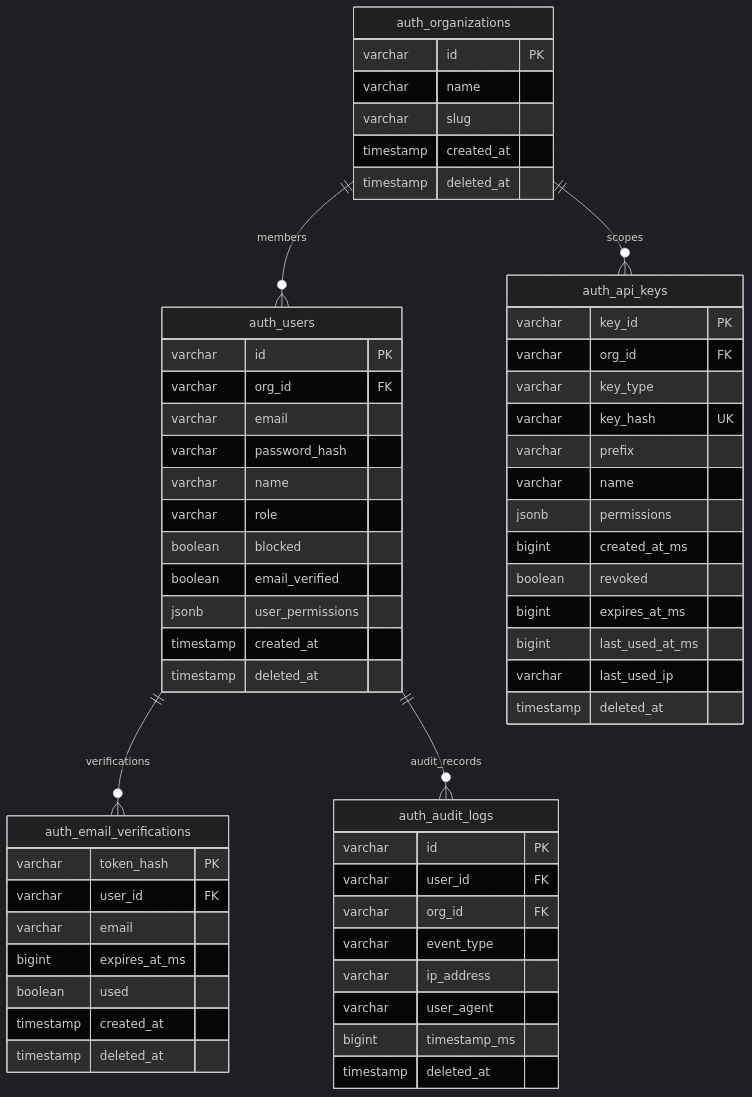
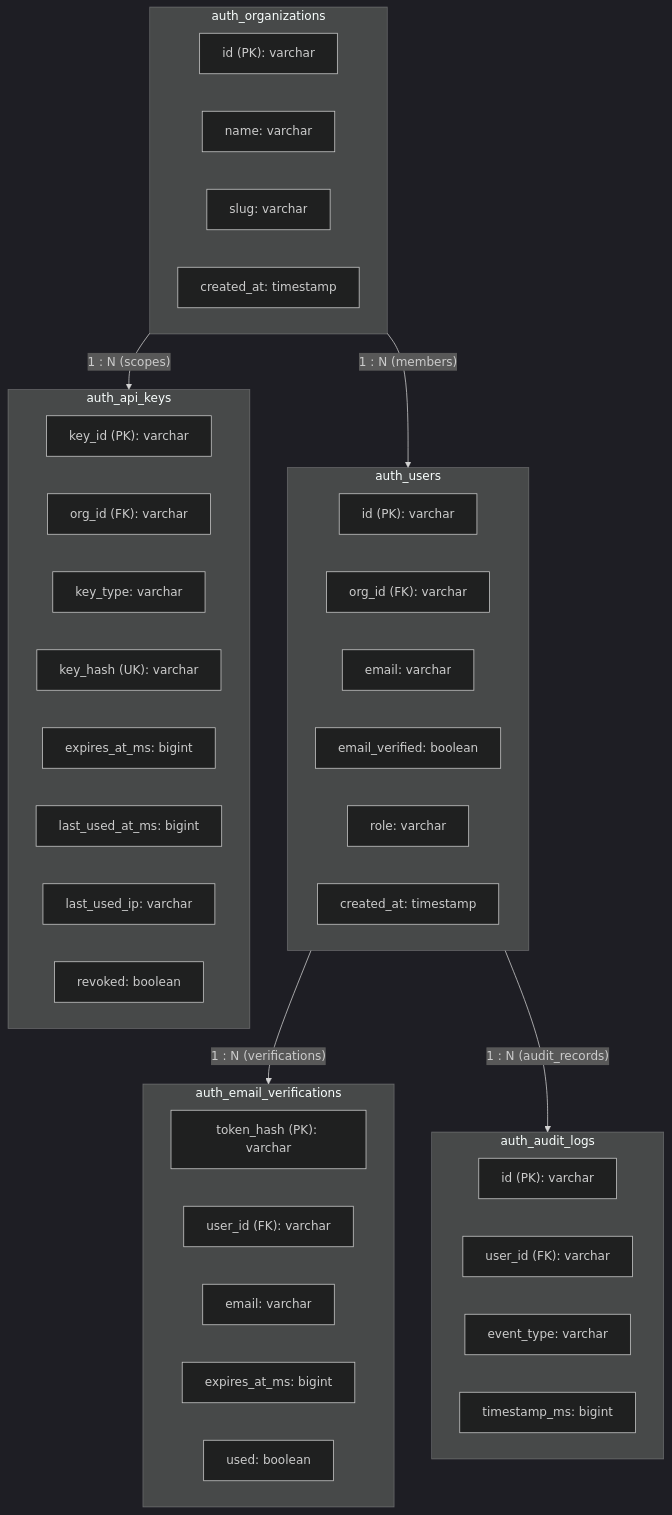
Before and after one commit to Chief-Strategist-J/auth: diagram 11 of 12 in adr/0011-api-key-engine-ttl-revocation-and-transactional-mailer.md, drawn with Mermaid (dark theme). The commit also changed other lines of this file, not shown here.

Commit message:
fix(docs): replace erDiagram with flowchart and remove all literal newline escapes

````diff
--- a/adr/0011-api-key-engine-ttl-revocation-and-transactional-mailer.md
+++ b/adr/0011-api-key-engine-ttl-revocation-and-transactional-mailer.md
@@ -570,66 +570,49 @@
 ```mermaid
-erDiagram
-    auth_organizations ||--o{ auth_users : "members"
-    auth_organizations ||--o{ auth_api_keys : "scopes"
-    auth_users ||--o{ auth_email_verifications : "verifications"
-    auth_users ||--o{ auth_audit_logs : "audit_records"
+flowchart TD
+    subgraph Organizations["auth_organizations"]
+        org_id["id (PK): varchar"]
+        org_name["name: varchar"]
+        org_slug["slug: varchar"]
+        org_created["created_at: timestamp"]
+    end
 
-    auth_organizations {
-        varchar id PK
-        varchar name
-        varchar slug
-        timestamp created_at
-        timestamp deleted_at
-    }
+    subgraph Users["auth_users"]
+        user_id["id (PK): varchar"]
+        user_org["org_id (FK): varchar"]
+        user_email["email: varchar"]
+        user_verified["email_verified: boolean"]
+        user_role["role: varchar"]
+        user_created["created_at: timestamp"]
+    end
 
-    auth_users {
-        varchar id PK
-        varchar org_id FK
-        varchar email
-        varchar password_hash
-        varchar name
-        varchar role
-        boolean blocked
-        boolean email_verified
-        jsonb user_permissions
-        timestamp created_at
-        timestamp deleted_at
-    }
+    subgraph ApiKeys["auth_api_keys"]
+        key_id["key_id (PK): varchar"]
+        key_org["org_id (FK): varchar"]
+        key_type["key_type: varchar"]
+        key_hash["key_hash (UK): varchar"]
+        key_expires["expires_at_ms: bigint"]
+        key_used["last_used_at_ms: bigint"]
+        key_ip["last_used_ip: varchar"]
+        key_revoked["revoked: boolean"]
+    end
 
-    auth_api_keys {
-        varchar key_id PK
-        varchar org_id FK
-        varchar key_type
-        varchar key_hash UK
-        varchar prefix
-        varchar name
-        jsonb permissions
-        bigint created_at_ms
-        boolean revoked
-        bigint expires_at_ms
-        bigint last_used_at_ms
-        varchar last_used_ip
-        timestamp deleted_at
-    }
+    subgraph EmailVerifications["auth_email_verifications"]
+        token_hash["token_hash (PK): varchar"]
+        verif_user["user_id (FK): varchar"]
+        verif_email["email: varchar"]
+        verif_expires["expires_at_ms: bigint"]
+        verif_used["used: boolean"]
+    end
 
-    auth_email_verifications {
-        varchar token_hash PK
-        varchar user_id FK
-        varchar email
-        bigint expires_at_ms
-        boolean used
-        timestamp created_at
-        timestamp deleted_at
-    }
+    subgraph AuditLogs["auth_audit_logs"]
+        audit_id["id (PK): varchar"]
+        audit_user["user_id (FK): varchar"]
+        audit_event["event_type: varchar"]
+        audit_time["timestamp_ms: bigint"]
+    end
 
-    auth_audit_logs {
-        varchar id PK
-        varchar user_id FK
-        varchar org_id FK
-        varchar event_type
-        varchar ip_address
-        varchar user_agent
-        bigint timestamp_ms
-        timestamp deleted_at
-    }
+    Organizations -->|"1 : N (members)"| Users
+    Organizations -->|"1 : N (scopes)"| ApiKeys
+    Users -->|"1 : N (verifications)"| EmailVerifications
+    Users -->|"1 : N (audit_records)"| AuditLogs
 ```
````
